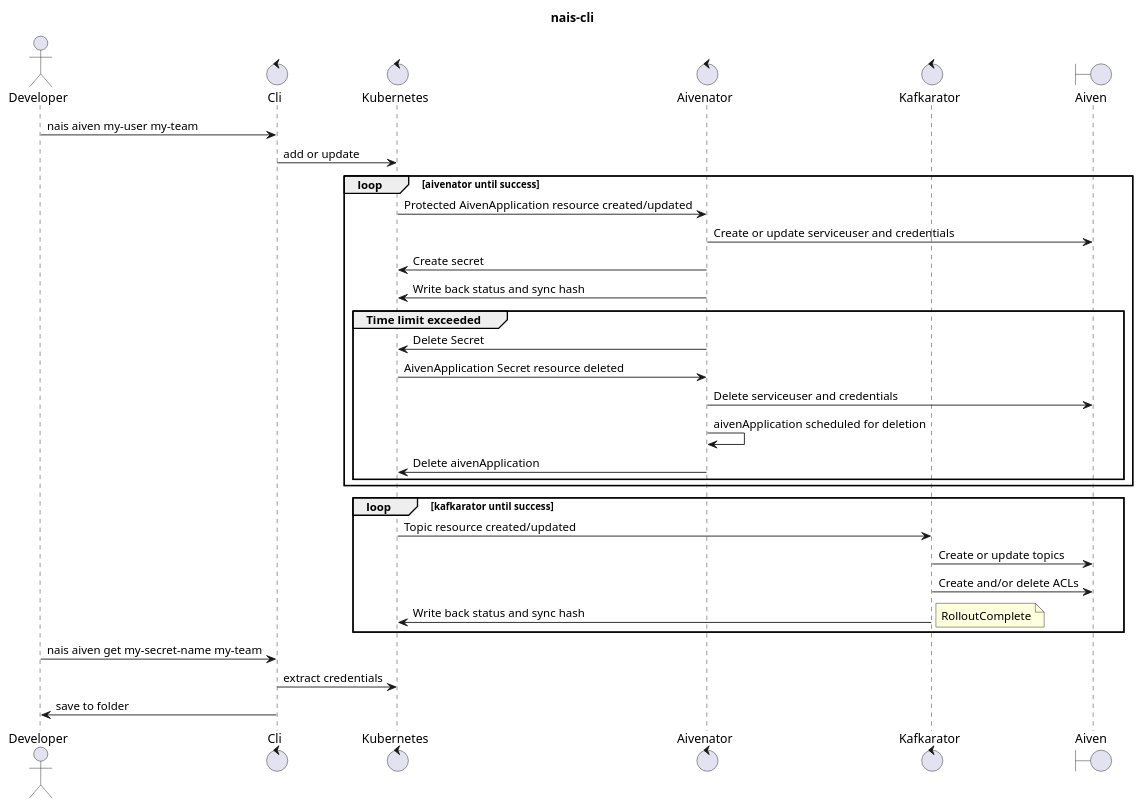
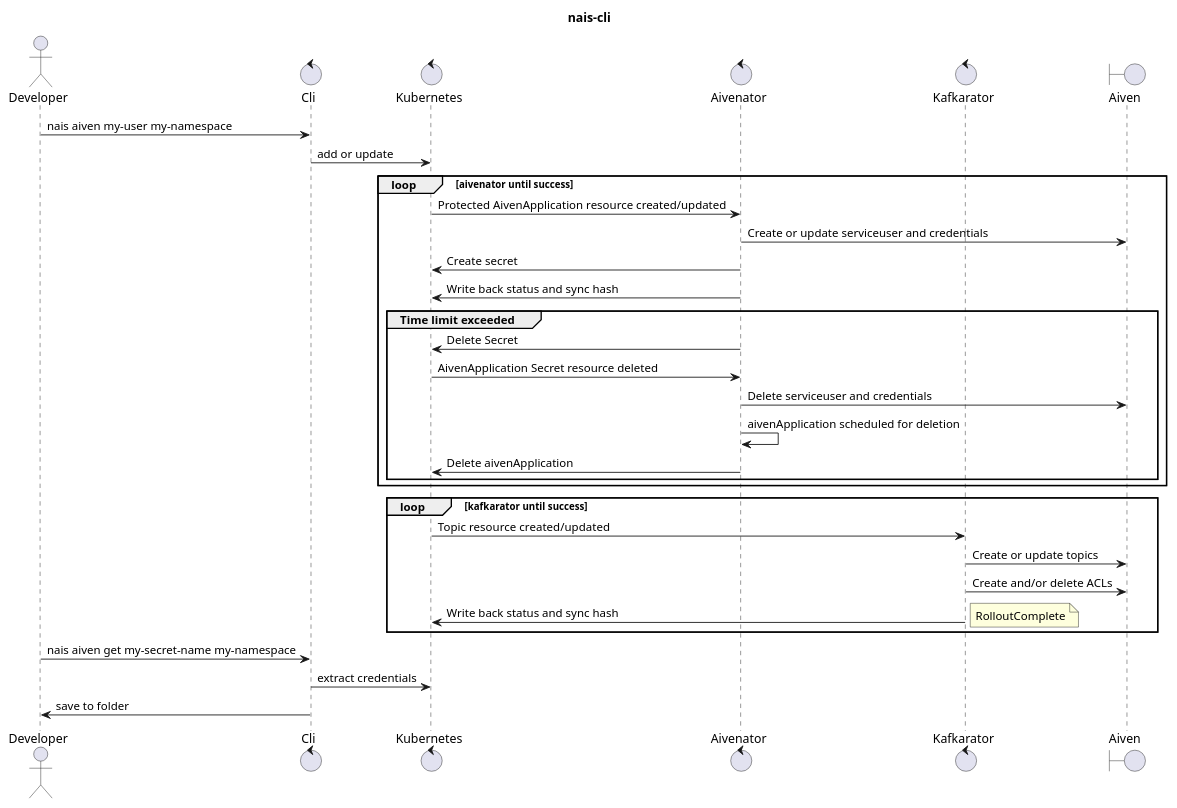
One commit to nais/cli changed the diagram in doc/nais-cli.puml. Above: the diagram before and after it, drawn with PlantUML. The commit also changed 6 other files, not shown here.

Commit message:
replace team with namespace, makes it more clear.

```diff
--- a/doc/nais-cli.puml
+++ b/doc/nais-cli.puml
@@ -1,40 +1,40 @@
 @startuml
 title nais-cli
 
 actor developer as "Developer"
 control cli as "Cli"
 control kubernetes as "Kubernetes"
 control aivenator as "Aivenator"
 control kafkarator as "Kafkarator"
 boundary aiven as "Aiven"
 
-developer -> cli : nais aiven my-user my-team
+developer -> cli : nais aiven my-user my-namespace
 cli -> kubernetes : add or update
 
 loop aivenator until success
 kubernetes -> aivenator : Protected AivenApplication resource created/updated
 aivenator -> aiven : Create or update serviceuser and credentials
 aivenator -> kubernetes : Create secret
 aivenator -> kubernetes : Write back status and sync hash
 group Time limit exceeded
 aivenator -> kubernetes : Delete Secret
 kubernetes -> aivenator : AivenApplication Secret resource deleted
 aivenator -> aiven : Delete serviceuser and credentials
 aivenator -> aivenator : aivenApplication scheduled for deletion
 aivenator -> kubernetes : Delete aivenApplication
     end
 end
 
 loop kafkarator until success
 kubernetes -> kafkarator : Topic resource created/updated
 kafkarator -> aiven : Create or update topics
 kafkarator -> aiven : Create and/or delete ACLs
 kafkarator -> kubernetes : Write back status and sync hash
 note right: RolloutComplete
 end
 
-developer -> cli : nais aiven get my-secret-name my-team
+developer -> cli : nais aiven get my-secret-name my-namespace
 cli -> kubernetes : extract credentials
 developer <- cli : save to folder
 
 @enduml
```
